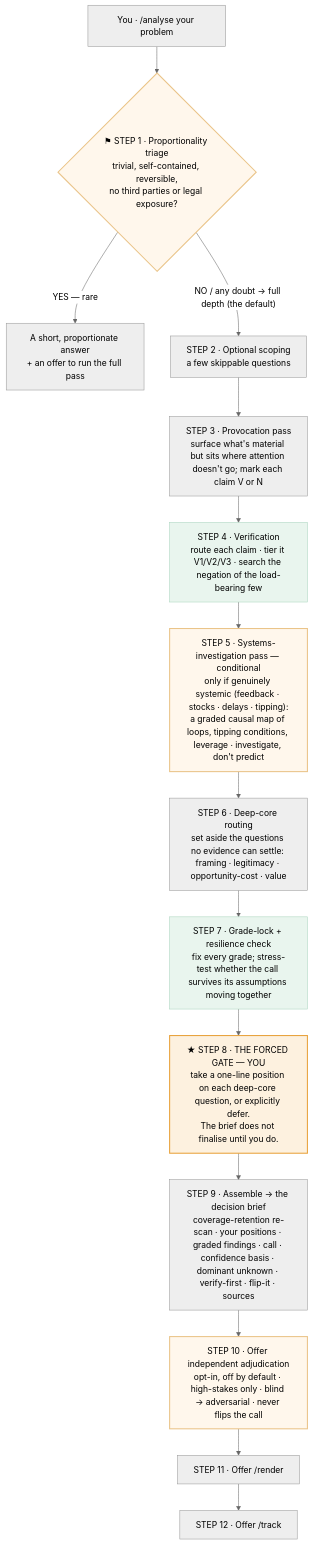
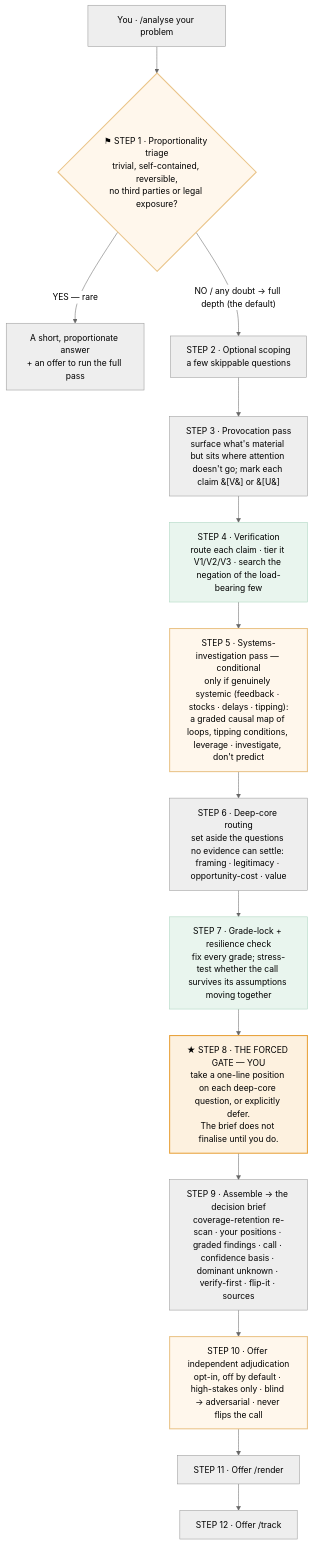
One commit to ComplexAR/Insight-Engine changed the second of 2 diagrams in docs/User-Operating-Guide.md. Above: the diagram before and after it, drawn with Mermaid (neutral theme). The commit also changed other lines of this file and 19 other files, not shown here.

````diff
--- a/docs/User-Operating-Guide.md
+++ b/docs/User-Operating-Guide.md
@@ -79,25 +79,25 @@
 ```mermaid
 flowchart TD
     U["You · /analyse your problem"] --> T{"⚑ STEP 1 · Proportionality triage<br/>trivial, self-contained, reversible,<br/>no third parties or legal exposure?"}
     T -->|"YES — rare"| SH["A short, proportionate answer<br/>+ an offer to run the full pass"]
     T -->|"NO / any doubt → full depth (the default)"| S0["STEP 2 · Optional scoping<br/>a few skippable questions"]
-    S0 --> S1["STEP 3 · Provocation pass<br/>surface what's material but sits where attention doesn't go; mark each claim V or N"]
+    S0 --> S1["STEP 3 · Provocation pass<br/>surface what's material but sits where attention doesn't go; mark each claim &#91;V&#93; or &#91;U&#93;"]
     S1 --> S2["STEP 4 · Verification<br/>route each claim · tier it V1/V2/V3 · search the negation of the load-bearing few"]
     S2 --> S25["STEP 5 · Systems-investigation pass — conditional<br/>only if genuinely systemic (feedback · stocks · delays · tipping):<br/>a graded causal map of loops, tipping conditions, leverage · investigate, don't predict"]
     S25 --> S3["STEP 6 · Deep-core routing<br/>set aside the questions no evidence can settle: framing · legitimacy · opportunity-cost · value"]
     S3 --> S4["STEP 7 · Grade-lock + resilience check<br/>fix every grade; stress-test whether the call survives its assumptions moving together"]
     S4 --> G["★ STEP 8 · THE FORCED GATE — YOU<br/>take a one-line position on each deep-core question, or explicitly defer.<br/>The brief does not finalise until you do."]
     G --> S6["STEP 9 · Assemble → the decision brief<br/>coverage-retention re-scan · your positions · graded findings · call · confidence basis · dominant unknown · verify-first · flip-it · sources"]
     S6 --> S10["STEP 10 · Offer independent adjudication<br/>opt-in, off by default · high-stakes only · blind → adversarial · never flips the call"]
     S10 --> S11["STEP 11 · Offer /render"]
     S11 --> S12["STEP 12 · Offer /track"]
     classDef gate fill:#fdf1df,stroke:#e8a33d,stroke-width:2px;
     classDef cond fill:#fff7ec,stroke:#eac489,stroke-width:2px;
     classDef green fill:#e9f5ee,stroke:#a9d4bd;
     class G gate;
     class T cond;
     class S25 cond;
     class S10 cond;
     class S2 green;
     class S4 green;
 ```
````
